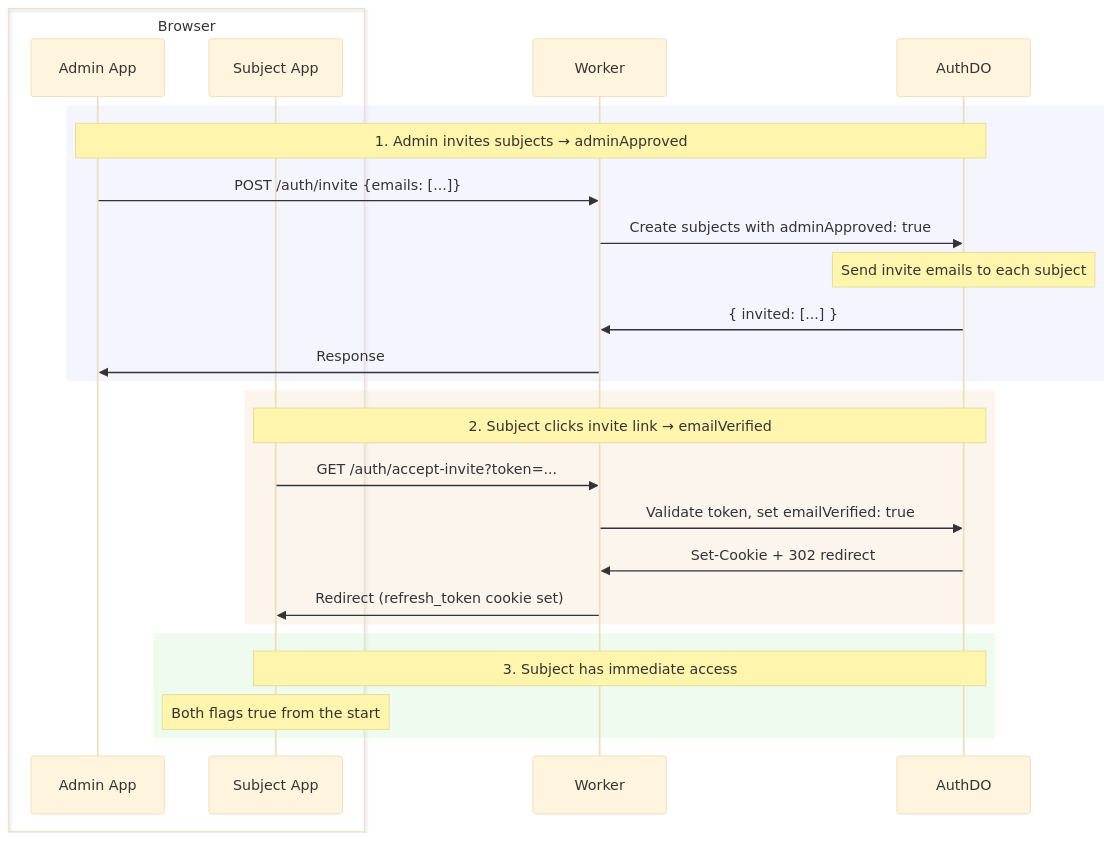
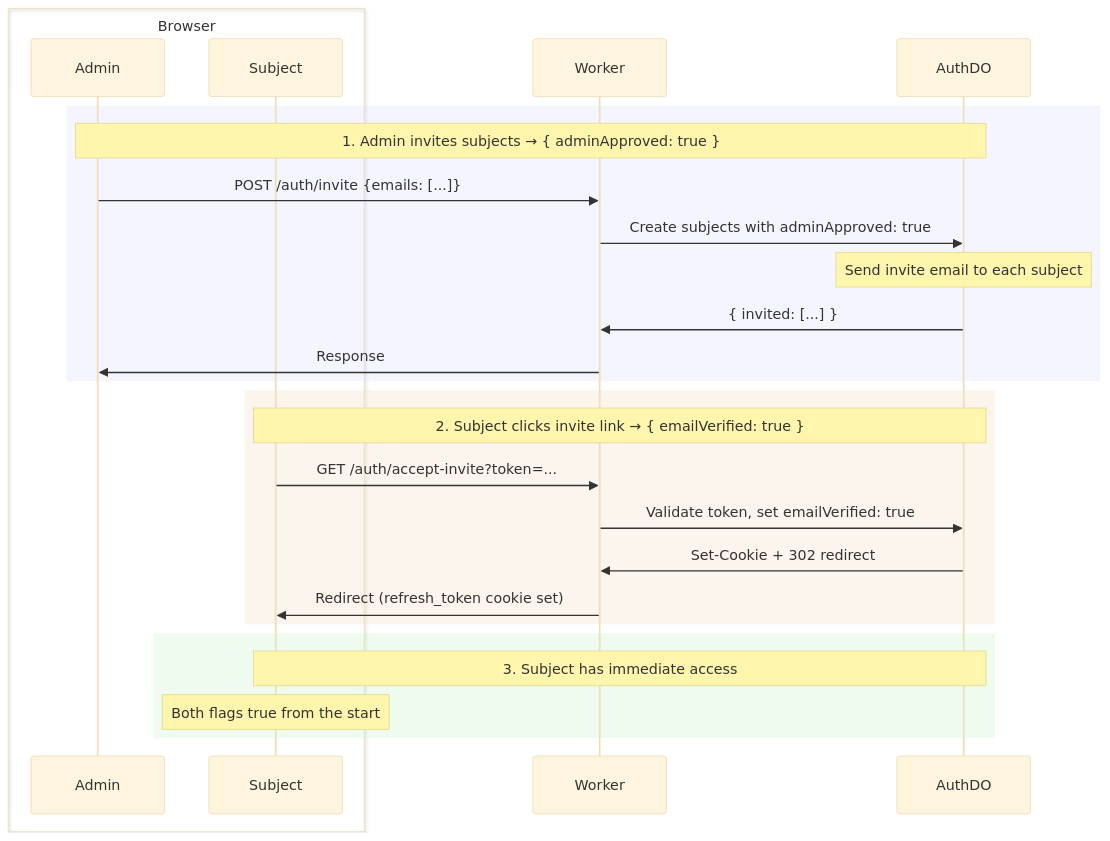
Before and after one commit to lumenize/lumenize: the second of 2 diagrams in website/docs/auth/index.mdx, drawn with Mermaid (base theme). The commit also changed other lines of this file and 9 other files, not shown here.

````diff
--- a/website/docs/auth/index.mdx
+++ b/website/docs/auth/index.mdx
@@ -112,31 +121,31 @@
 ```mermaid
 sequenceDiagram
     box Browser
-        participant AdminApp as Admin App
-        participant SubjectApp as Subject App
+        participant Admin
+        participant Subject
     end
     participant Worker
     participant AuthDO
 
     rect rgba(220, 220, 255, 0.3)
-        Note over AdminApp,AuthDO: 1. Admin invites subjects → adminApproved
-        AdminApp->>Worker: POST /auth/invite {emails: [...]}
+        Note over Admin,AuthDO: 1. Admin invites subjects → { adminApproved: true }
+        Admin->>Worker: POST /auth/invite {emails: [...]}
         Worker->>AuthDO: Create subjects with adminApproved: true
-        Note over AuthDO: Send invite emails to each subject
+        Note over AuthDO: Send invite email to each subject
         AuthDO->>Worker: { invited: [...] }
-        Worker->>AdminApp: Response
+        Worker->>Admin: Response
     end
 
     rect rgba(240, 220, 200, 0.3)
-        Note over SubjectApp,AuthDO: 2. Subject clicks invite link → emailVerified
-        SubjectApp->>Worker: GET /auth/accept-invite?token=...
+        Note over Subject,AuthDO: 2. Subject clicks invite link → { emailVerified: true }
+        Subject->>Worker: GET /auth/accept-invite?token=...
         Worker->>AuthDO: Validate token, set emailVerified: true
         AuthDO->>Worker: Set-Cookie + 302 redirect
-        Worker->>SubjectApp: Redirect (refresh_token cookie set)
+        Worker->>Subject: Redirect (refresh_token cookie set)
     end
 
     rect rgba(200, 240, 200, 0.3)
-        Note over SubjectApp,AuthDO: 3. Subject has immediate access
-        Note over SubjectApp: Both flags true from the start
+        Note over Subject,AuthDO: 3. Subject has immediate access
+        Note over Subject: Both flags true from the start
     end
 ```
````
